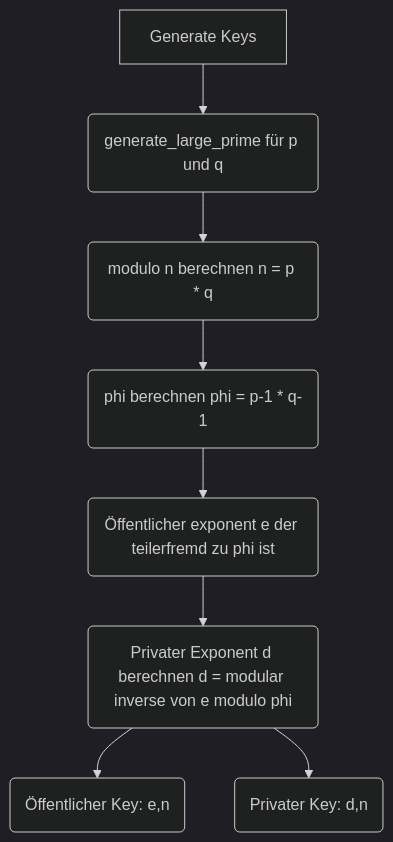
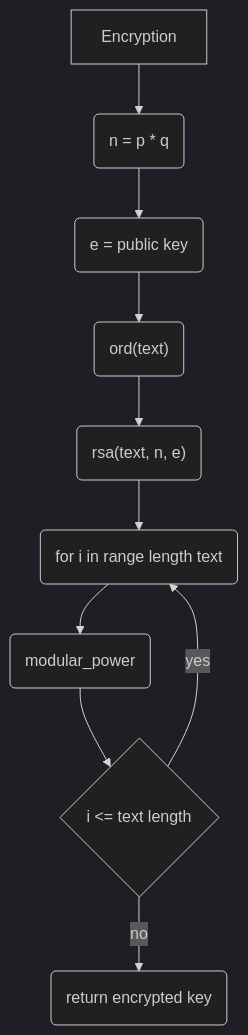
One commit to TIATIP-24-A-a/TIN_SLE_PFI changed the first of 2 diagrams in README.md. Above: the diagram before and after it, drawn with Mermaid (dark theme). The commit also changed other lines of this file, not shown here.

Commit message:
added: both flowcharts to README.md

````diff
--- a/README.md
+++ b/README.md
@@ -11,11 +11,15 @@
 ```mermaid
 
 flowchart TD
-    A[Generate Keys] -->C(generate_large_prime für p und q)
-    C-->D(modulo n berechnen n = p * q)
-    D-->F(phi berechnen phi = p-1 * q-1)
-    F-->G(Öffentlicher exponent e der teilerfremd zu phi ist)
-    G-->H(Privater Exponent d berechnen d = modular inverse von e modulo phi)
-    H-->I(Öffentlicher Key: e,n)
-    H-->J(Privater Key: d,n)
+    A[Encryption] -->C(n = p * q)
+    C-->D(e = public key)
+    D-->E("ord(text)")
+    E-->F("rsa(text, n, e)")
+    F-->G(for i in range length text)
+    G-->H(modular_power)
+    H-->I{i <= text length}
+    I-->|yes|G
+    I-->|no|J(return encrypted key)
+    
+        
 ```
````
